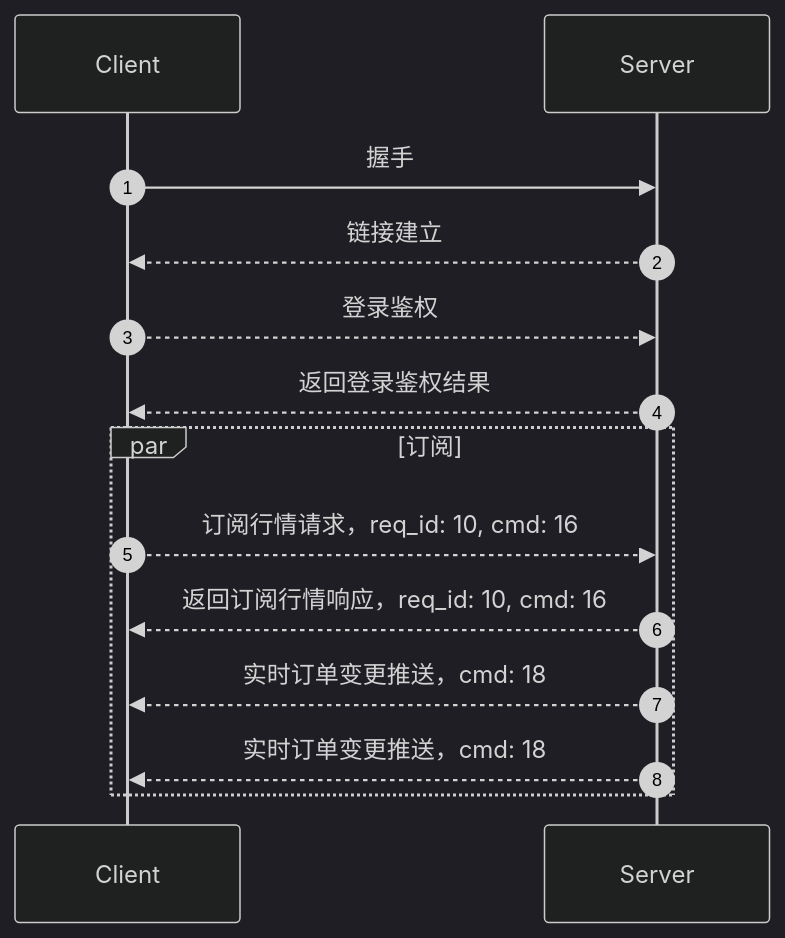
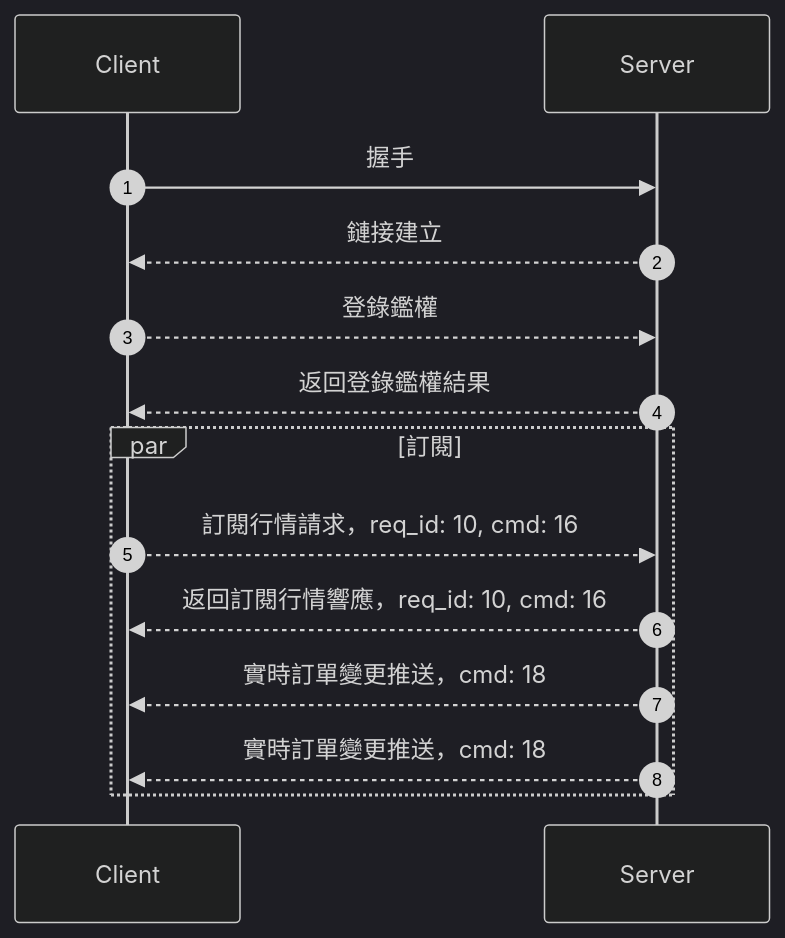
Before and after one commit to longportapp/openapi-website: the diagram in i18n/zh-HK/docusaurus-plugin-content-docs/current/socket/how_to_subscribe_trade.md, drawn with Mermaid (dark theme). The commit also changed other lines of this file and 15 other files, not shown here.

````diff
--- a/i18n/zh-HK/docusaurus-plugin-content-docs/current/socket/how_to_subscribe_trade.md
+++ b/i18n/zh-HK/docusaurus-plugin-content-docs/current/socket/how_to_subscribe_trade.md
@@ -18,18 +18,18 @@
 ```mermaid
 sequenceDiagram
 autonumber
 Client ->> Server: 握手
-Server -->> Client: 链接建立
-Client -->> Server: 登录鉴权
-Server -->> Client: 返回登录鉴权结果
+Server -->> Client: 鏈接建立
+Client -->> Server: 登錄鑑權
+Server -->> Client: 返回登錄鑑權結果
 
-par 订阅
-Client -->> Server: 订阅行情请求，req_id: 10, cmd: 16
-Server -->> Client: 返回订阅行情响应，req_id: 10, cmd: 16
+par 訂閱
+Client -->> Server: 訂閱行情請求，req_id: 10, cmd: 16
+Server -->> Client: 返回訂閱行情響應，req_id: 10, cmd: 16
 
-Server -->> Client: 实时订单变更推送，cmd: 18
-Server -->> Client: 实时订单变更推送，cmd: 18
+Server -->> Client: 實時訂單變更推送，cmd: 18
+Server -->> Client: 實時訂單變更推送，cmd: 18
 
 end
 
 ```
````
